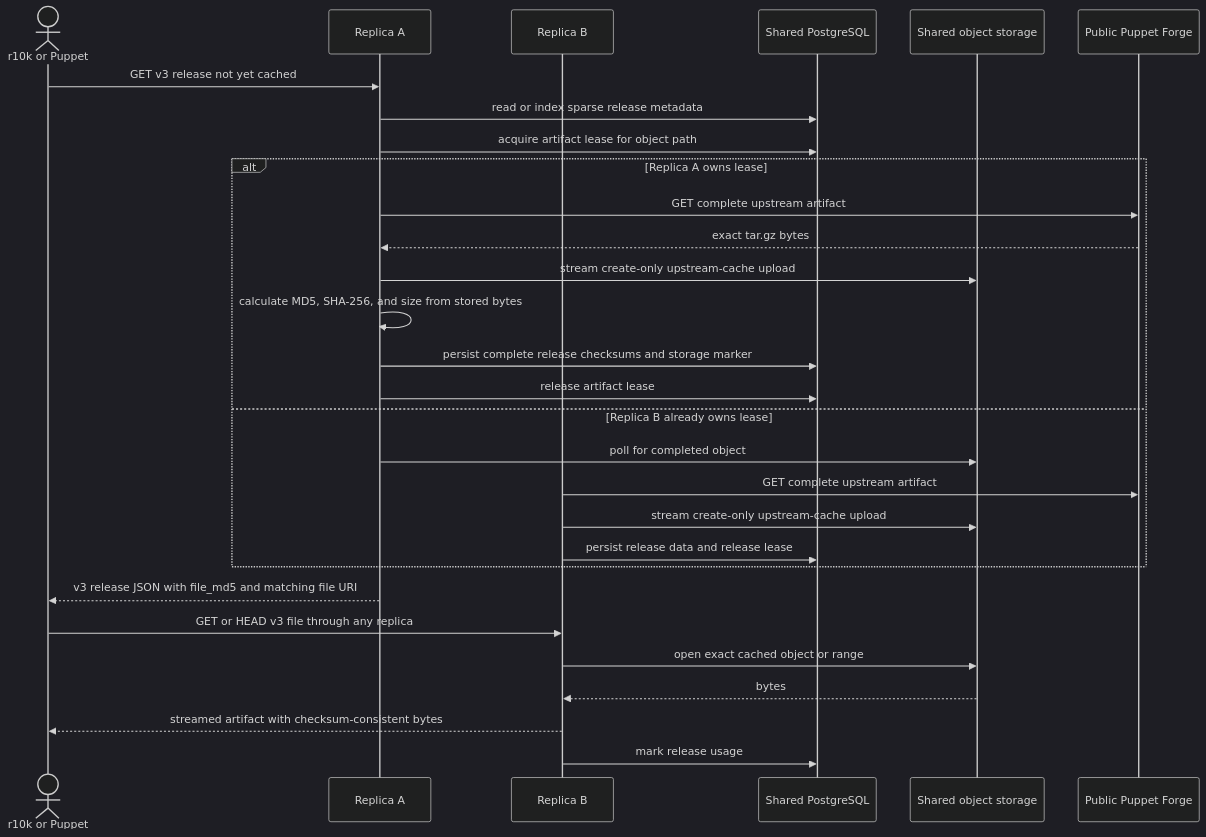
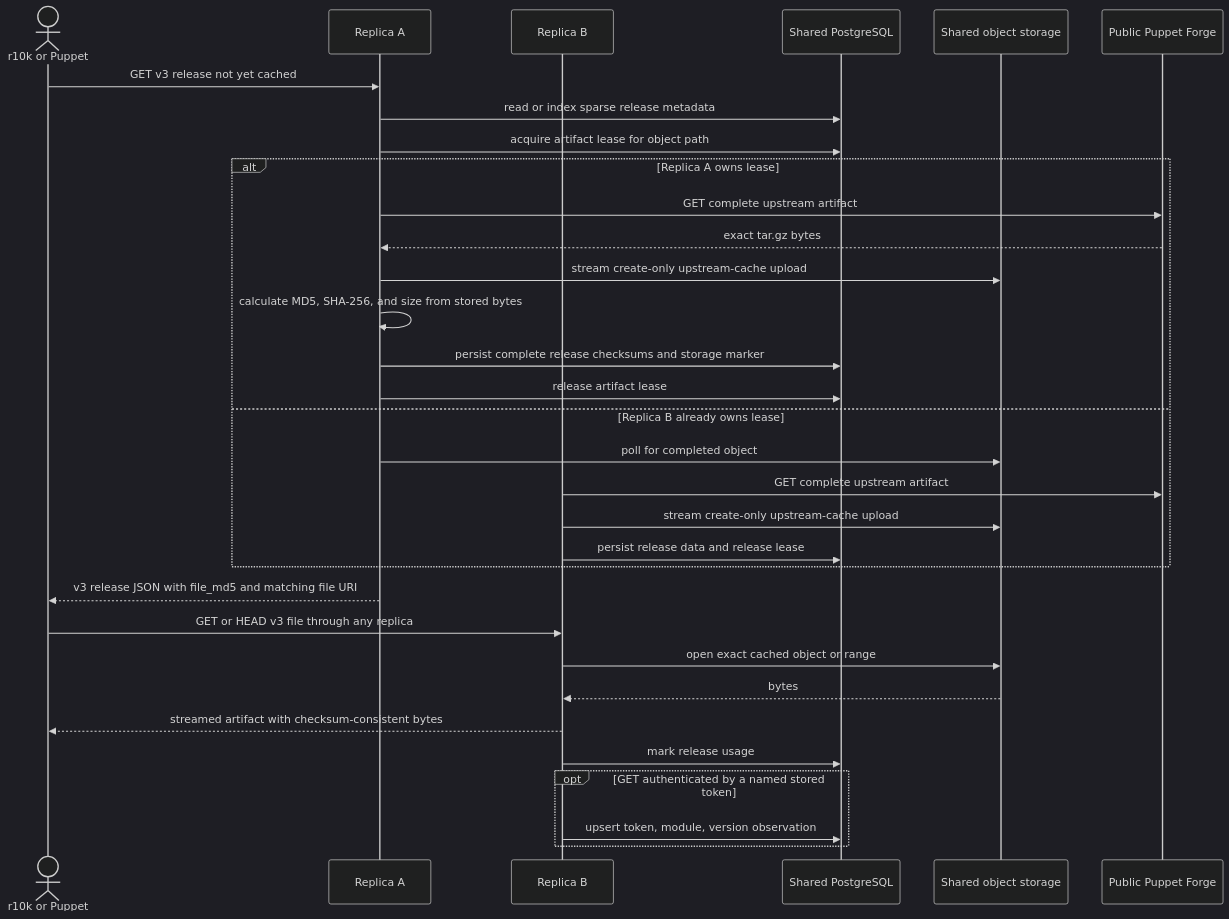
One commit to zxzharmlesszxz/puppet-forge changed the fifth of 10 diagrams in SCHEMA.md. Above: the diagram before and after it, drawn with Mermaid (dark theme). The commit also changed other lines of this file and 36 other files, not shown here.

````diff
--- a/SCHEMA.md
+++ b/SCHEMA.md
@@ -305,32 +305,35 @@
 ```mermaid
 sequenceDiagram
     actor R as r10k or Puppet
     participant A as Replica A
     participant B as Replica B
     participant DB as Shared PostgreSQL
     participant O as Shared object storage
     participant U as Public Puppet Forge
 
     R->>A: GET v3 release not yet cached
     A->>DB: read or index sparse release metadata
     A->>DB: acquire artifact lease for object path
     alt Replica A owns lease
         A->>U: GET complete upstream artifact
         U-->>A: exact tar.gz bytes
         A->>O: stream create-only upstream-cache upload
         A->>A: calculate MD5, SHA-256, and size from stored bytes
         A->>DB: persist complete release checksums and storage marker
         A->>DB: release artifact lease
     else Replica B already owns lease
         A->>O: poll for completed object
         B->>U: GET complete upstream artifact
         B->>O: stream create-only upstream-cache upload
         B->>DB: persist release data and release lease
     end
     A-->>R: v3 release JSON with file_md5 and matching file URI
     R->>B: GET or HEAD v3 file through any replica
     B->>O: open exact cached object or range
     O-->>B: bytes
     B-->>R: streamed artifact with checksum-consistent bytes
     B->>DB: mark release usage
+    opt GET authenticated by a named stored token
+        B->>DB: upsert token, module, version observation
+    end
 ```
````
